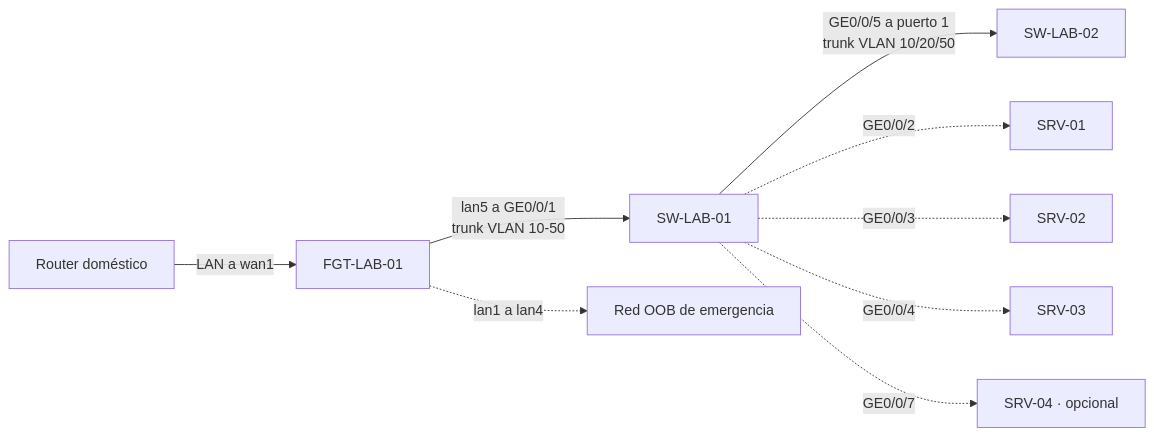
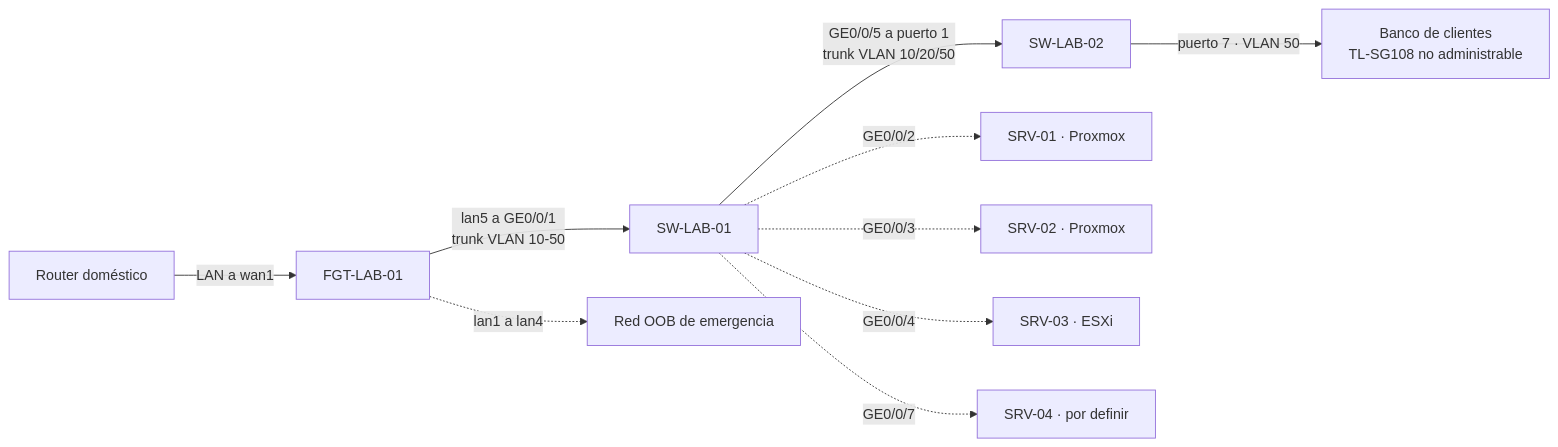
Before and after one commit to Alce1551/EICL-HOMELAB: the third of 3 diagrams in docs/architecture.md, drawn with Mermaid. The commit also changed other lines of this file and 6 other files, not shown here.

Commit message:
docs: agrega banco de clientes y roles de los nodos

````diff
--- a/docs/architecture.md
+++ b/docs/architecture.md
@@ -61,11 +61,12 @@
 ```mermaid
 flowchart LR
     ARC[Router doméstico] -->|LAN a wan1| FGT[FGT-LAB-01]
     FGT -->|lan5 a GE0/0/1<br/>trunk VLAN 10-50| SW1[SW-LAB-01]
     SW1 -->|GE0/0/5 a puerto 1<br/>trunk VLAN 10/20/50| SW2[SW-LAB-02]
+    SW2 -->|puerto 7 · VLAN 50| BAN[Banco de clientes<br/>TL-SG108 no administrable]
     FGT -.->|lan1 a lan4| OOB[Red OOB de emergencia]
-    SW1 -.->|GE0/0/2| N1[SRV-01]
-    SW1 -.->|GE0/0/3| N2[SRV-02]
-    SW1 -.->|GE0/0/4| N3[SRV-03]
-    SW1 -.->|GE0/0/7| N4[SRV-04 · opcional]
+    SW1 -.->|GE0/0/2| N1[SRV-01 · Proxmox]
+    SW1 -.->|GE0/0/3| N2[SRV-02 · Proxmox]
+    SW1 -.->|GE0/0/4| N3[SRV-03 · ESXi]
+    SW1 -.->|GE0/0/7| N4[SRV-04 · por definir]
 ```
````
